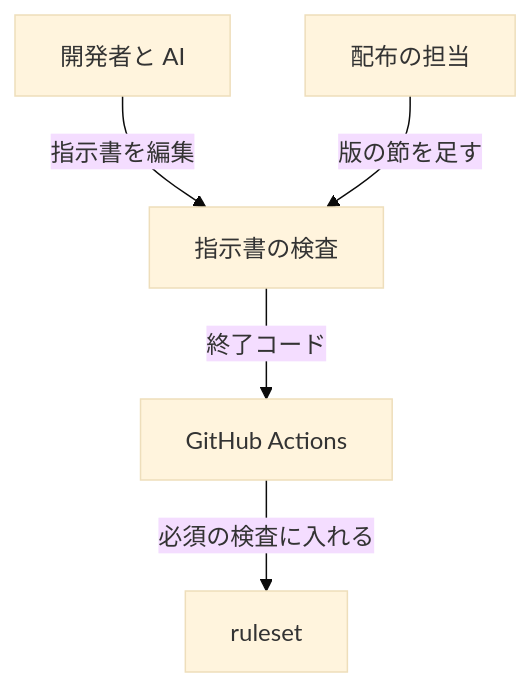
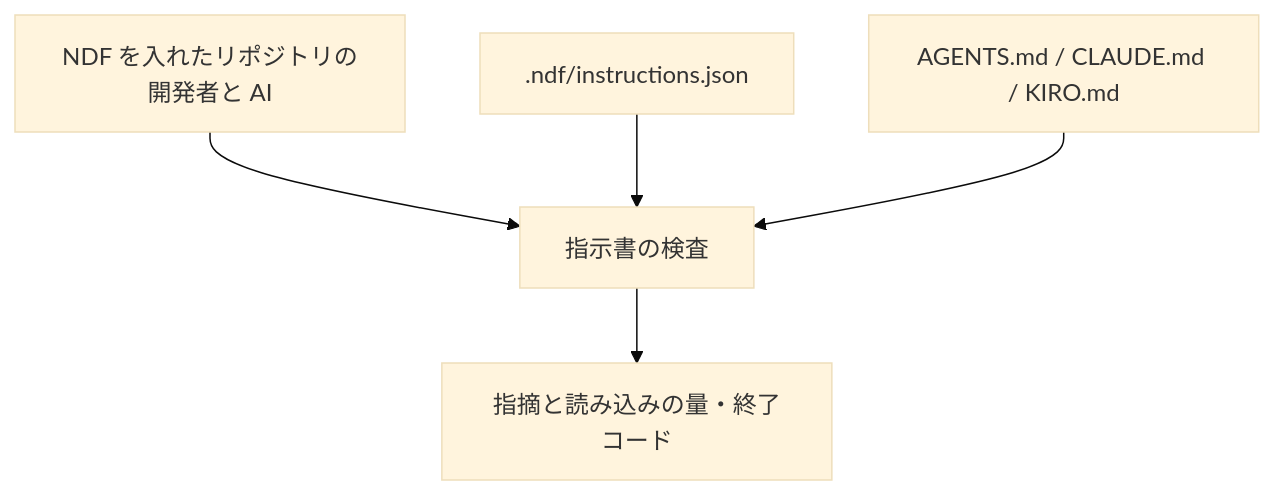
The first of 5 diagrams in issues/issue-554-design.md (devbasex/ai-plugins), drawn with Mermaid (base theme) before and after one commit. The commit also changed other lines of this file and 1 other file, not shown here.

First line of the commit message:
Docs: 指示書の検査を配布物（plugins/ndf）の機能として設計し直す（#554 差し戻し）

````diff
--- a/issues/issue-554-design.md
+++ b/issues/issue-554-design.md
@@ -68,7 +55,7 @@
 ```mermaid
 graph TD
-    開発者[開発者と AI] -->|指示書を編集| 検査[指示書の検査]
-    配布担当[配布の担当] -->|版の節を足す| 検査
-    検査 -->|終了コード| CI[GitHub Actions]
-    CI -->|必須の検査に入れる| RS[ruleset]
+    利用者[NDF を入れたリポジトリの開発者と AI] --> 検査[指示書の検査]
+    宣言[.ndf/instructions.json] --> 検査
+    指示書[AGENTS.md / CLAUDE.md / KIRO.md] --> 検査
+    検査 --> 出力[指摘と読み込みの量・終了コード]
 ```
````
